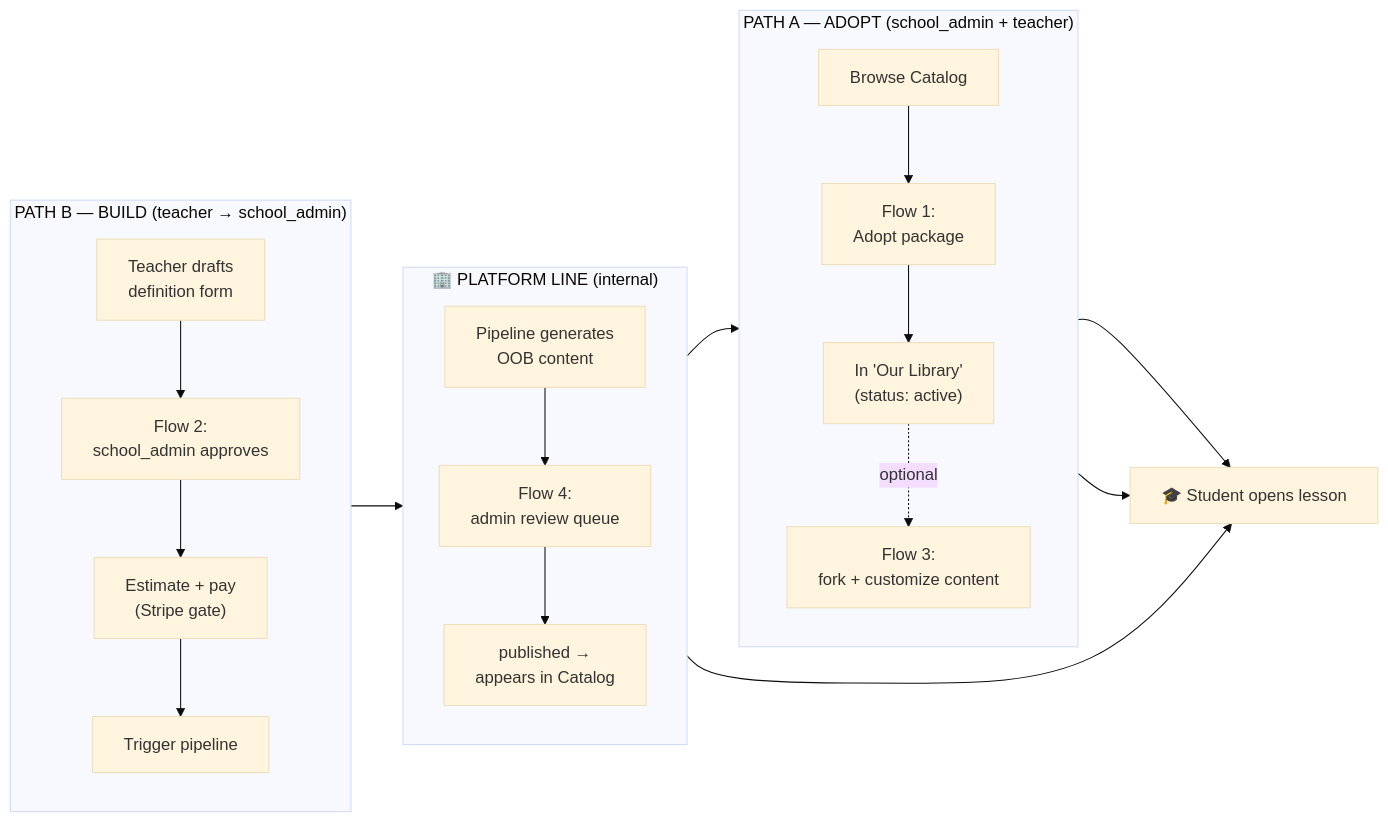
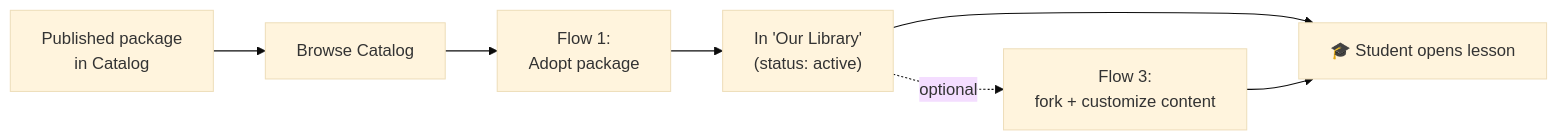
Before and after one commit to wegofwd2020-hub/StudyBuddy_OnDemand: the third of 9 diagrams in docs/CURRICULUM_ONBOARDING_FLOW.md, drawn with Mermaid (base theme). The commit also changed other lines of this file and 8 other files, not shown here.

First line of the commit message:
docs(curriculum): split journey diagram + curriculum_mgmt capability design/spec

````diff
--- a/docs/CURRICULUM_ONBOARDING_FLOW.md
+++ b/docs/CURRICULUM_ONBOARDING_FLOW.md
@@ -59,28 +84,9 @@
 ```mermaid
 flowchart LR
-    subgraph Platform["🏢 PLATFORM LINE (internal)"]
-        direction TB
-        P1["Pipeline generates<br/>OOB content"] --> P2["Flow 4:<br/>admin review queue"]
-        P2 --> P3["published →<br/>appears in Catalog"]
-    end
-
-    subgraph PathA["PATH A — ADOPT (school_admin + teacher)"]
-        direction TB
-        A1["Browse Catalog"] --> A2["Flow 1:<br/>Adopt package"]
-        A2 --> A3["In 'Our Library'<br/>(status: active)"]
-        A3 -.optional.-> A4["Flow 3:<br/>fork + customize content"]
-    end
-
-    subgraph PathB["PATH B — BUILD (teacher → school_admin)"]
-        direction TB
-        B1["Teacher drafts<br/>definition form"] --> B2["Flow 2:<br/>school_admin approves"]
-        B2 --> B3["Estimate + pay<br/>(Stripe gate)"]
-        B3 --> B4["Trigger pipeline"]
-    end
-
-    P3 --> A1
-    B4 --> P1
+    P3["Published package<br/>in Catalog"] --> A1["Browse Catalog"]
+    A1 --> A2["Flow 1:<br/>Adopt package"]
+    A2 --> A3["In 'Our Library'<br/>(status: active)"]
+    A3 -.optional.-> A4["Flow 3:<br/>fork + customize content"]
     A3 --> ST["🎓 Student opens lesson"]
     A4 --> ST
-    P3 --> ST
 ```
````
